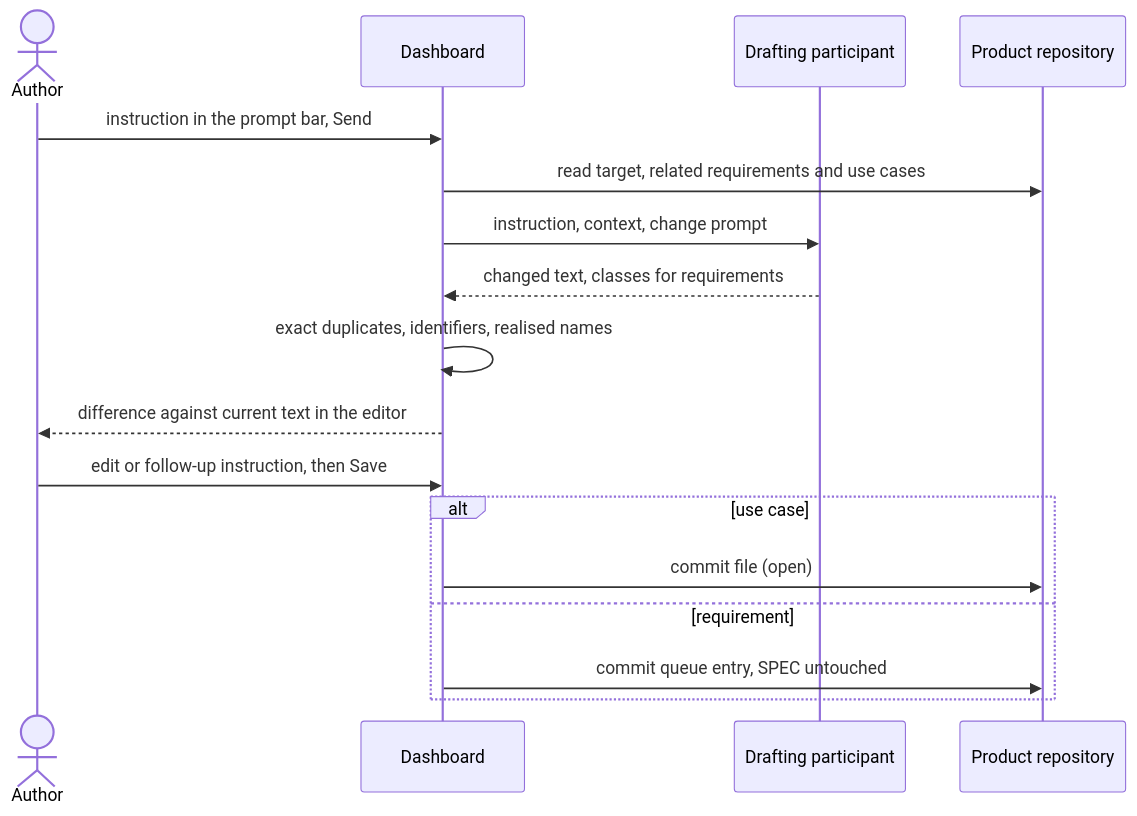
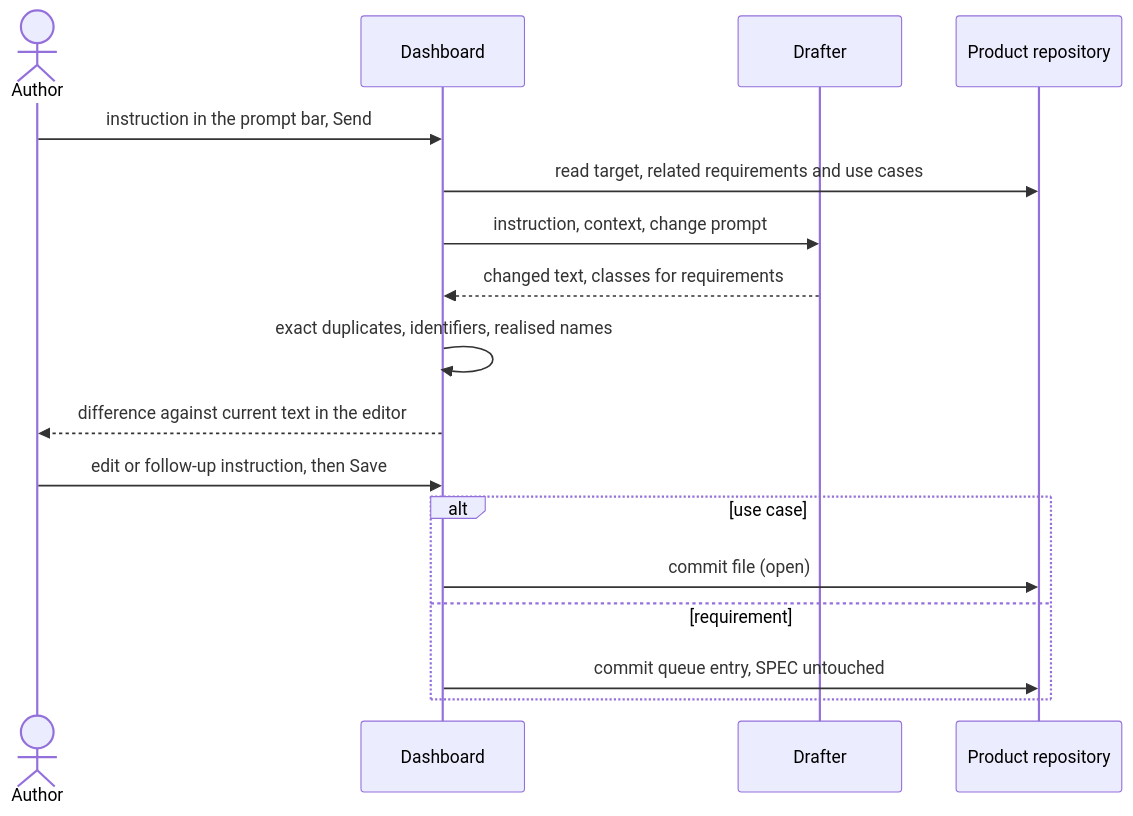
One commit to akmaier/agent-m changed the diagram in docs/use-cases/UC-019-change-a-specification-or-use-case-by-prompt.md. Above: the diagram before and after it, drawn with Mermaid. The commit also changed other lines of this file and 12 other files, not shown here.

````diff
--- a/docs/use-cases/UC-019-change-a-specification-or-use-case-by-prompt.md
+++ b/docs/use-cases/UC-019-change-a-specification-or-use-case-by-prompt.md
@@ -117,19 +117,19 @@
 ```mermaid
 sequenceDiagram
     actor A as Author
     participant D as Dashboard
-    participant P as Drafting participant
+    participant P as Drafter
     participant G as Product repository
     A->>D: instruction in the prompt bar, Send
     D->>G: read target, related requirements and use cases
     D->>P: instruction, context, change prompt
     P-->>D: changed text, classes for requirements
     D->>D: exact duplicates, identifiers, realised names
     D-->>A: difference against current text in the editor
     A->>D: edit or follow-up instruction, then Save
     alt use case
         D->>G: commit file (open)
     else requirement
         D->>G: commit queue entry, SPEC untouched
     end
 ```
````
